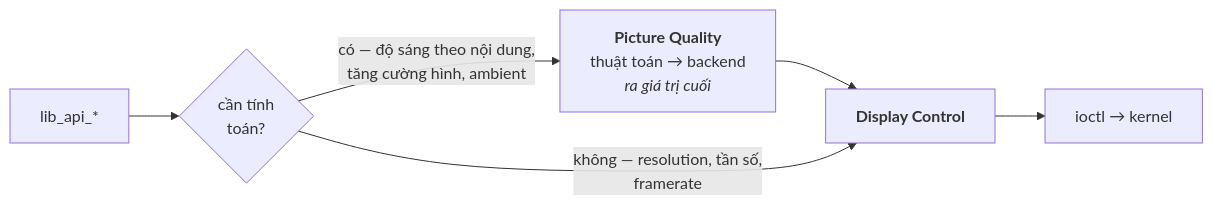
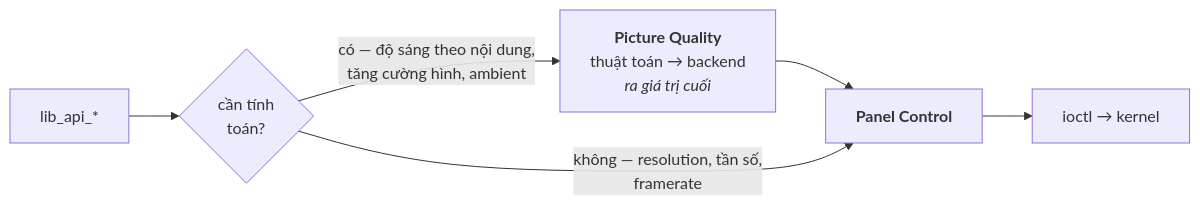
Before and after one commit to gia0901/Embedded-Knowledge: the third of 5 diagrams in 11-design-patterns/in-practice/A1-baseline-libdisplay.md, drawn with Mermaid. The commit also changed other lines of this file and 21 other files, not shown here.

````diff
--- a/11-design-patterns/in-practice/A1-baseline-libdisplay.md
+++ b/11-design-patterns/in-practice/A1-baseline-libdisplay.md
@@ -182,12 +184,12 @@
 ```mermaid
 flowchart LR
     API["lib_api_*"]
     Q{"cần tính<br/>toán?"}
     PQ["<b>Picture Quality</b><br/>thuật toán → backend<br/><i>ra giá trị cuối</i>"]
-    DC["<b>Display Control</b>"]
+    DC["<b>Panel Control</b>"]
     K["ioctl → kernel"]
     API --> Q
     Q -->|"có — độ sáng theo nội dung,<br/>tăng cường hình, ambient"| PQ --> DC
     Q -->|"không — resolution, tần số,<br/>framerate"| DC
     DC --> K
 ```
````
